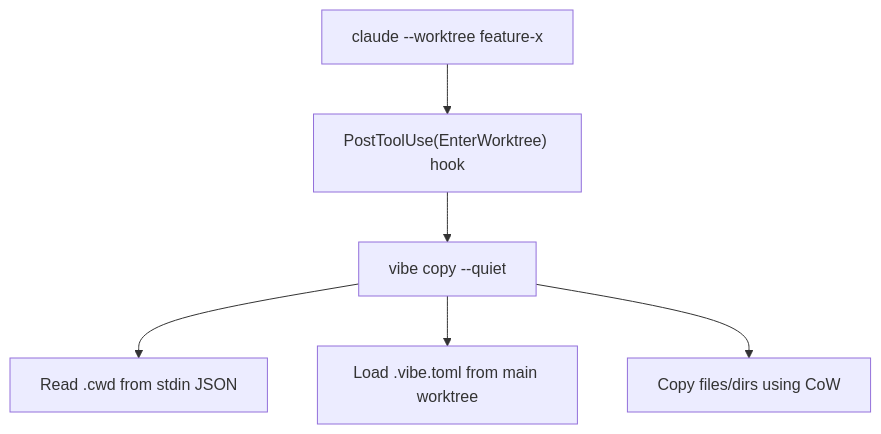
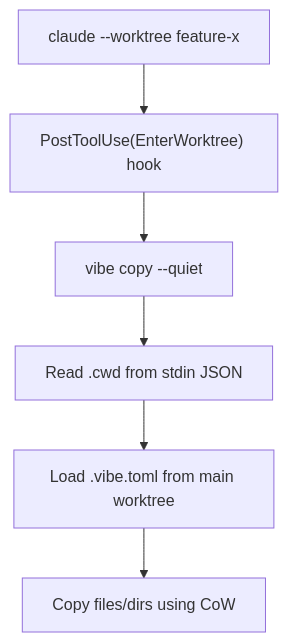
Before and after one commit to kexi/vibe: the diagram in packages/docs/src/content/docs/commands/copy.mdx, drawn with Mermaid. The commit also changed 4 other files, not shown here.

````diff
--- a/packages/docs/src/content/docs/commands/copy.mdx
+++ b/packages/docs/src/content/docs/commands/copy.mdx
@@ -93,8 +93,8 @@
 ```mermaid
 flowchart TD
     A["claude --worktree feature-x"] --> B["PostToolUse(EnterWorktree) hook"]
     B --> C["vibe copy --quiet"]
     C --> D["Read .cwd from stdin JSON"]
-    C --> E["Load .vibe.toml from main worktree"]
-    C --> F["Copy files/dirs using CoW"]
+    D --> E["Load .vibe.toml from main worktree"]
+    E --> F["Copy files/dirs using CoW"]
 ```
````
